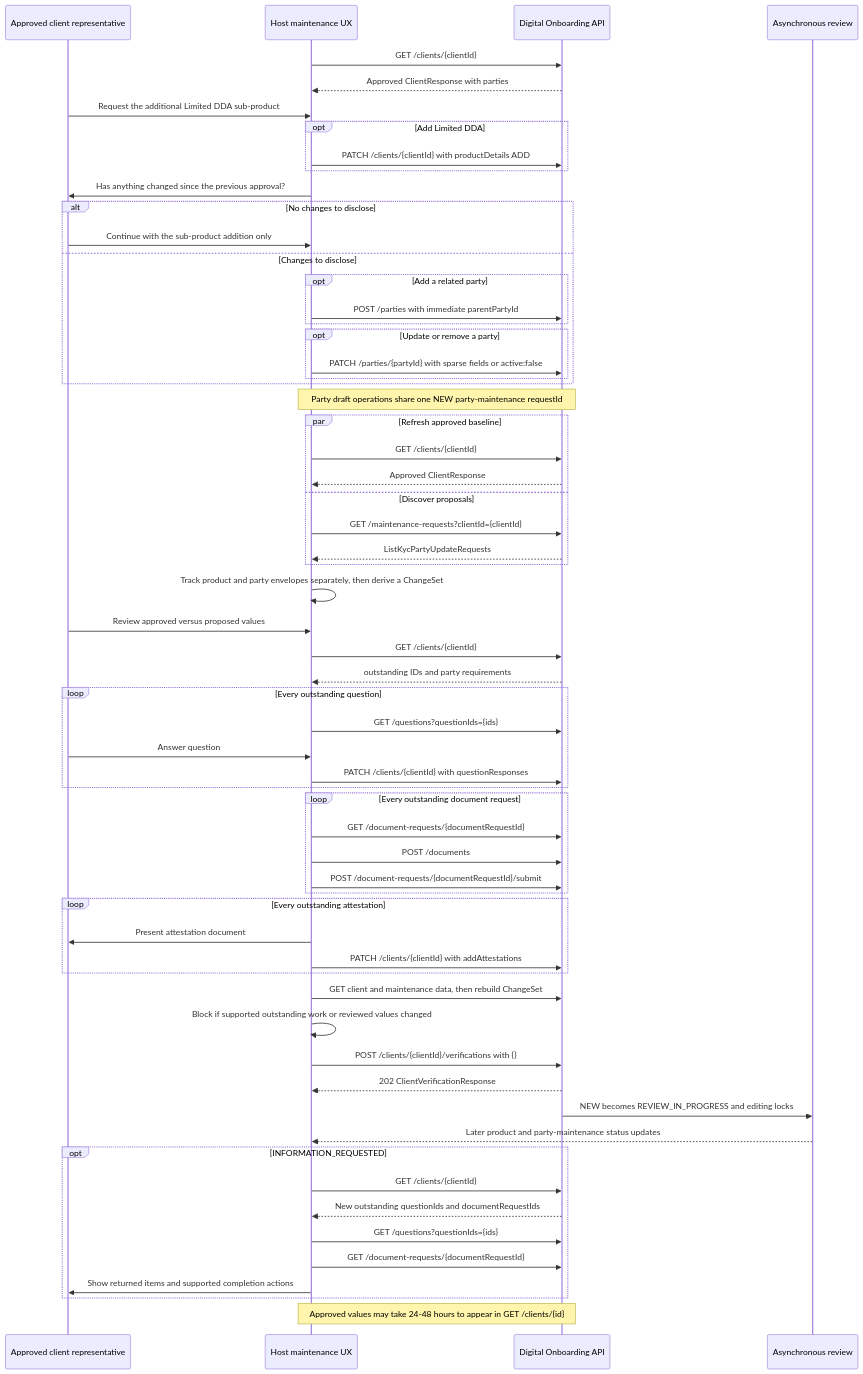
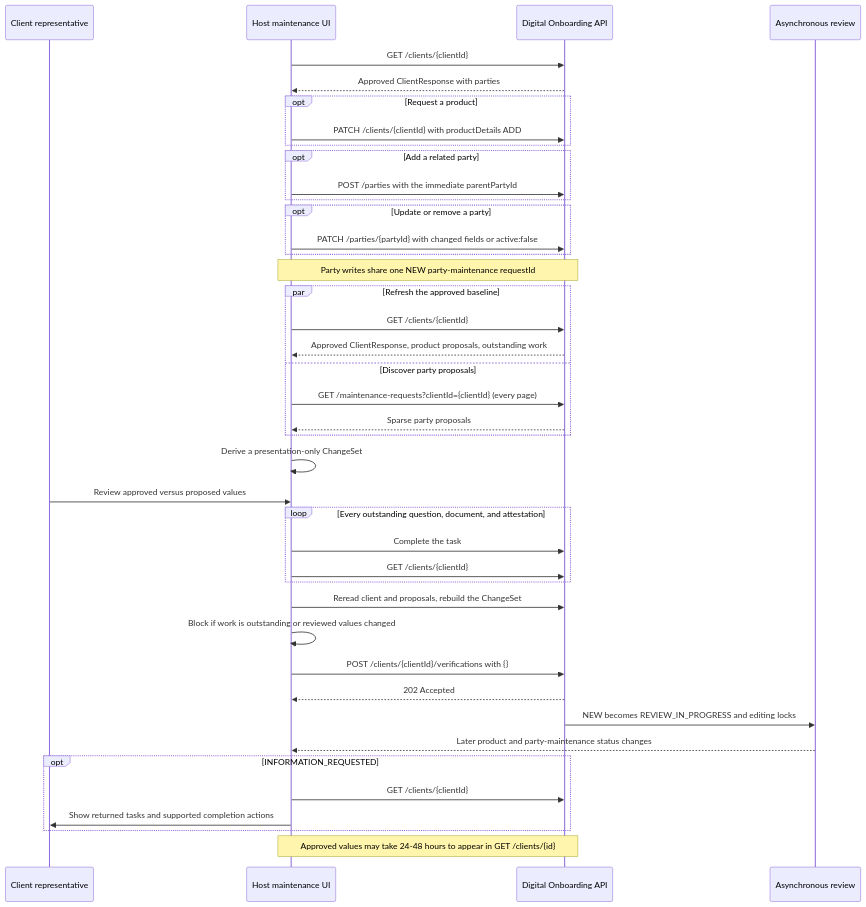
The diagram in embedded-components/docs/APPROVED_CLIENT_MAINTENANCE_RECIPE.md (jpmorgan-payments/embedded-finance), drawn with Mermaid before and after one commit. The commit also changed other lines of this file and 107 other files, not shown here.

````diff
--- a/embedded-components/docs/APPROVED_CLIENT_MAINTENANCE_RECIPE.md
+++ b/embedded-components/docs/APPROVED_CLIENT_MAINTENANCE_RECIPE.md
@@ -103,65 +112,44 @@
 ```mermaid
 sequenceDiagram
-    participant U as Approved client representative
-    participant UX as Host maintenance UX
+    participant U as Client representative
+    participant UX as Host maintenance UI
     participant API as Digital Onboarding API
     participant JPMC as Asynchronous review
 
     UX->>API: GET /clients/{clientId}
     API-->>UX: Approved ClientResponse with parties
-    U->>UX: Request the additional Limited DDA sub-product
-    opt Add Limited DDA
+    opt Request a product
       UX->>API: PATCH /clients/{clientId} with productDetails ADD
     end
-    UX->>U: Has anything changed since the previous approval?
-    alt No changes to disclose
-      U->>UX: Continue with the sub-product addition only
-    else Changes to disclose
-      opt Add a related party
-        UX->>API: POST /parties with immediate parentPartyId
-      end
-      opt Update or remove a party
-        UX->>API: PATCH /parties/{partyId} with sparse fields or active:false
-      end
+    opt Add a related party
+      UX->>API: POST /parties with the immediate parentPartyId
     end
-    Note over UX,API: Party draft operations share one NEW party-maintenance requestId
-    par Refresh approved baseline
+    opt Update or remove a party
+      UX->>API: PATCH /parties/{partyId} with changed fields or active:false
+    end
+    Note over UX,API: Party writes share one NEW party-maintenance requestId
+    par Refresh the approved baseline
         UX->>API: GET /clients/{clientId}
-        API-->>UX: Approved ClientResponse
-    and Discover proposals
-        UX->>API: GET /maintenance-requests?clientId={clientId}
-        API-->>UX: ListKycPartyUpdateRequests
+        API-->>UX: Approved ClientResponse, product proposals, outstanding work
+    and Discover party proposals
+        UX->>API: GET /maintenance-requests?clientId={clientId} (every page)
+        API-->>UX: Sparse party proposals
     end
-    UX->>UX: Track product and party envelopes separately, then derive a ChangeSet
+    UX->>UX: Derive a presentation-only ChangeSet
     U->>UX: Review approved versus proposed values
-    UX->>API: GET /clients/{clientId}
-    API-->>UX: outstanding IDs and party requirements
-    loop Every outstanding question
-      UX->>API: GET /questions?questionIds={ids}
-      U->>UX: Answer question
-      UX->>API: PATCH /clients/{clientId} with questionResponses
+    loop Every outstanding question, document, and attestation
+      UX->>API: Complete the task
+      UX->>API: GET /clients/{clientId}
     end
-    loop Every outstanding document request
-      UX->>API: GET /document-requests/{documentRequestId}
-      UX->>API: POST /documents
-      UX->>API: POST /document-requests/{documentRequestId}/submit
-    end
-    loop Every outstanding attestation
-      UX->>U: Present attestation document
-      UX->>API: PATCH /clients/{clientId} with addAttestations
-    end
-    UX->>API: GET client and maintenance data, then rebuild ChangeSet
-    UX->>UX: Block if supported outstanding work or reviewed values changed
+    UX->>API: Reread client and proposals, rebuild the ChangeSet
+    UX->>UX: Block if work is outstanding or reviewed values changed
     UX->>API: POST /clients/{clientId}/verifications with {}
-    API-->>UX: 202 ClientVerificationResponse
+    API-->>UX: 202 Accepted
     API->>JPMC: NEW becomes REVIEW_IN_PROGRESS and editing locks
-    JPMC-->>UX: Later product and party-maintenance status updates
+    JPMC-->>UX: Later product and party-maintenance status changes
     opt INFORMATION_REQUESTED
       UX->>API: GET /clients/{clientId}
-      API-->>UX: New outstanding questionIds and documentRequestIds
-      UX->>API: GET /questions?questionIds={ids}
-      UX->>API: GET /document-requests/{documentRequestId}
-      UX->>U: Show returned items and supported completion actions
+      UX->>U: Show returned tasks and supported completion actions
     end
     Note over UX,API: Approved values may take 24-48 hours to appear in GET /clients/{id}
 ```
````
